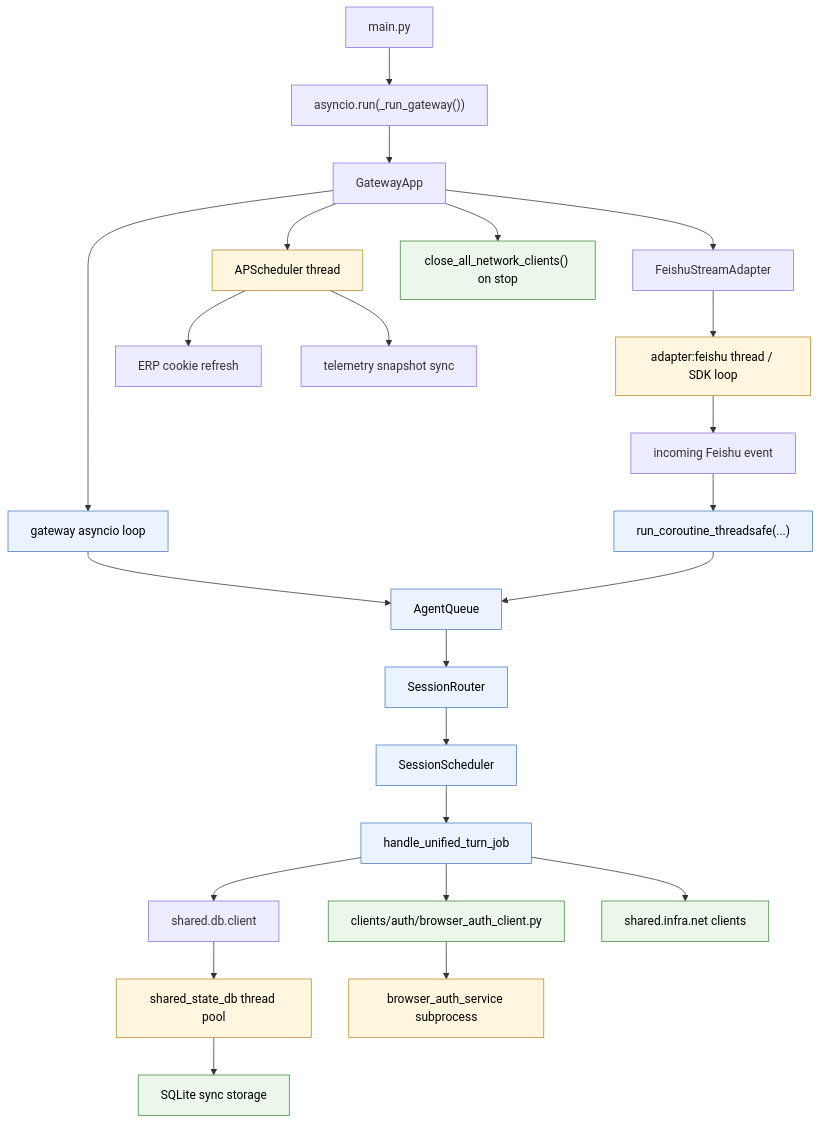
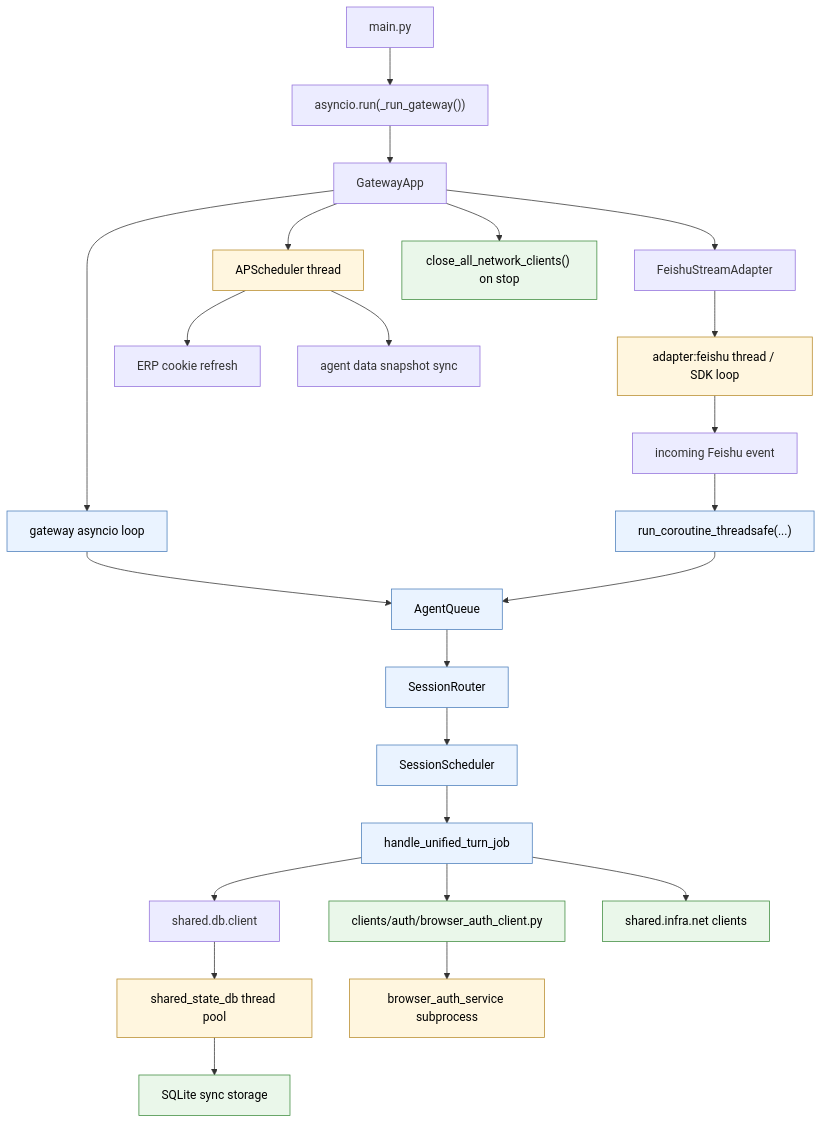
Before and after one commit to LXE123/LXE_AGENT: the diagram in docs/eventloop.md, drawn with Mermaid. The commit also changed 16 other files, not shown here.

First line of the commit message:
refactor(data): rename telemetry sync to data server

````diff
--- a/docs/eventloop.md
+++ b/docs/eventloop.md
@@ -16,39 +16,39 @@
 ```mermaid
 flowchart TD
     A["main.py"] --> B["asyncio.run(_run_gateway())"]
     B --> C["GatewayApp"]
     C --> D["gateway asyncio loop"]
 
     D --> E["AgentQueue"]
     E --> F["SessionRouter"]
     F --> G["SessionScheduler"]
     G --> H["handle_unified_turn_job"]
 
     C --> I["FeishuStreamAdapter"]
     I --> J["adapter:feishu thread / SDK loop"]
     J --> K["incoming Feishu event"]
     K --> L["run_coroutine_threadsafe(...)"]
     L --> E
 
     C --> M["APScheduler thread"]
     M --> N["ERP cookie refresh"]
-    M --> O["telemetry snapshot sync"]
+    M --> O["agent data snapshot sync"]
 
     H --> P["shared.db.client"]
     P --> Q["shared_state_db thread pool"]
     Q --> R["SQLite sync storage"]
 
     H --> S["clients/auth/browser_auth_client.py"]
     S --> T["browser_auth_service subprocess"]
 
     H --> U["shared.infra.net clients"]
     C --> V["close_all_network_clients() on stop"]
 
     classDef loop fill:#eaf3ff,stroke:#4a7dbb,color:#000;
     classDef thread fill:#fff6df,stroke:#b88a2a,color:#000;
     classDef io fill:#eaf7ea,stroke:#3d8a3d,color:#000;
 
     class D,E,F,G,H,L loop;
     class J,M,Q,T thread;
     class R,S,U,V io;
 ```
````
